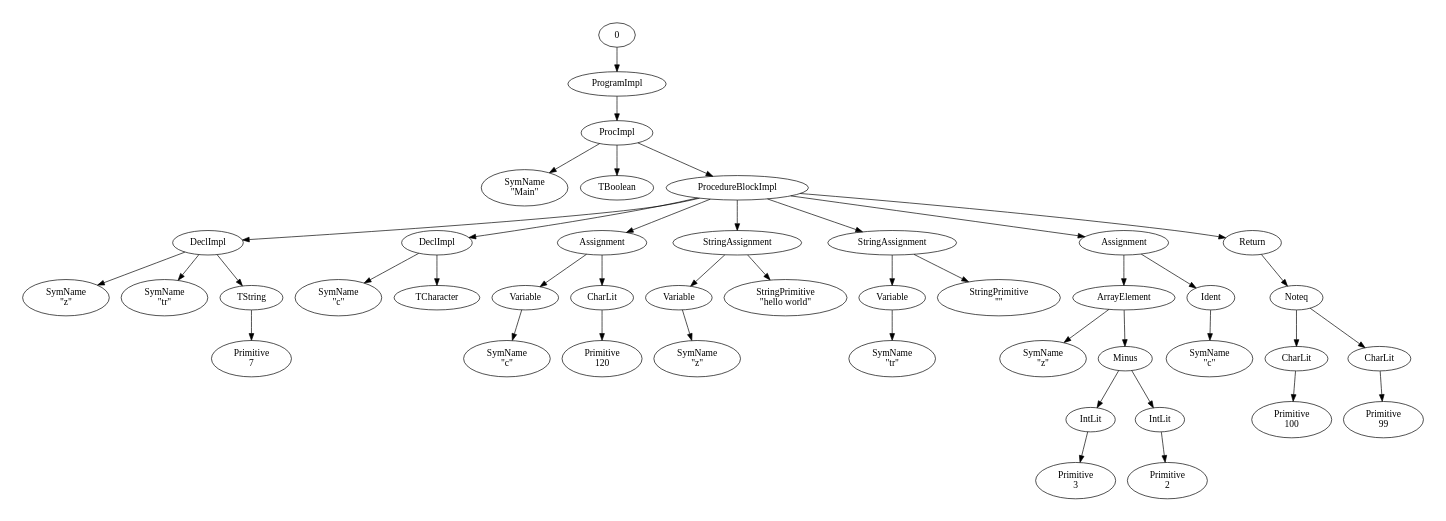
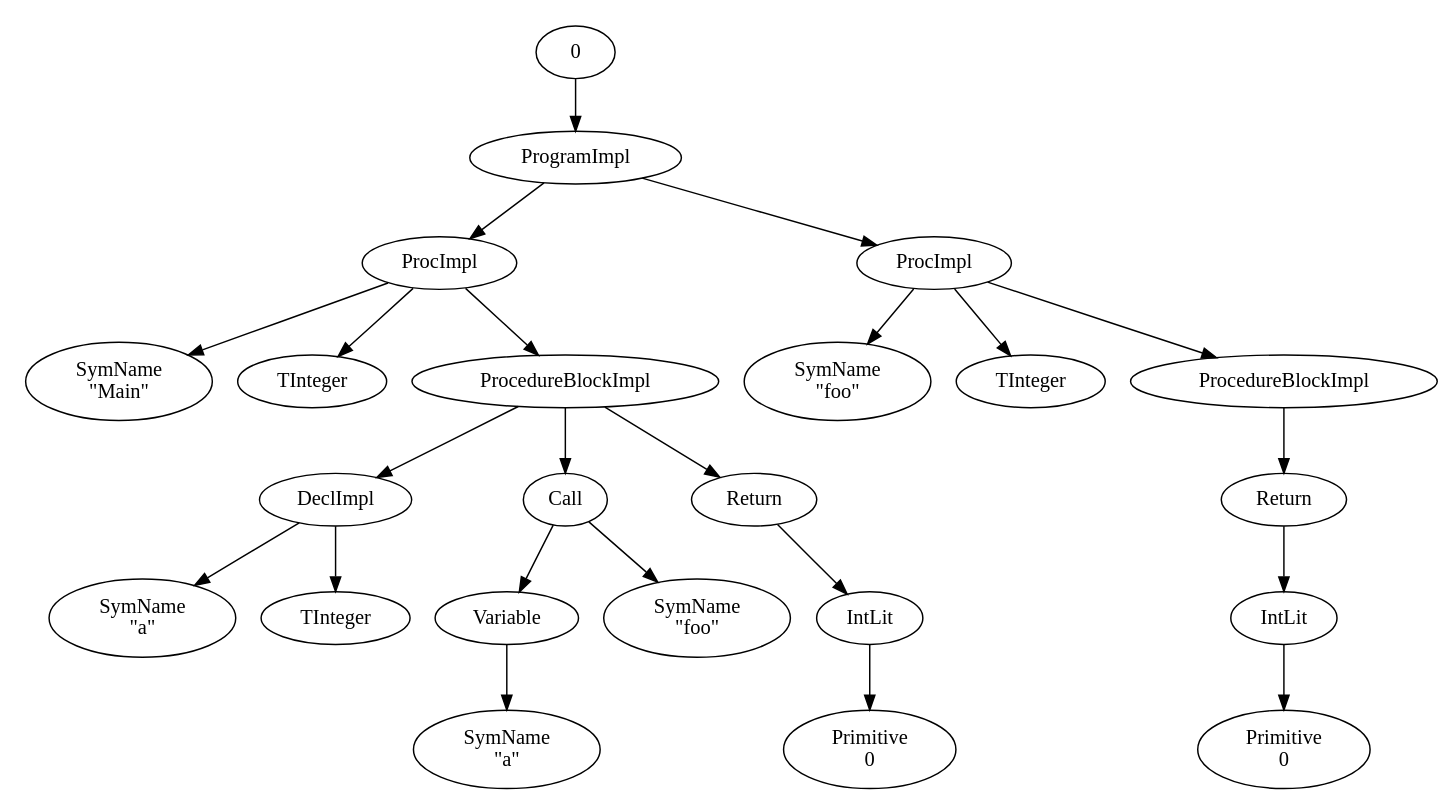
Before and after one commit to Ydos2/CCP: the diagram in projects/public/outputfile.dot, drawn with Graphviz. The commit also changed 6 other files, not shown here.

```diff
--- a/projects/public/outputfile.dot
+++ b/projects/public/outputfile.dot
@@ -1,86 +1,46 @@
 digraph G { page="8.5,11"; size="7.5, 10"; 
 "0" -> "1"
 "1" [label="ProgramImpl"]
 "1" -> "2"
 "2" [label="ProcImpl"]
 "2" -> "3"
 "3" [label="SymName\n\"Main\""]
 "2" -> "4"
-"4" [label="TBoolean"]
+"4" [label="TInteger"]
 "2" -> "5"
 "5" [label="ProcedureBlockImpl"]
 "5" -> "6"
 "6" [label="DeclImpl"]
 "6" -> "7"
-"7" [label="SymName\n\"z\""]
+"7" [label="SymName\n\"a\""]
 "6" -> "8"
-"8" [label="SymName\n\"tr\""]
-"6" -> "9"
-"9" [label="TString"]
+"8" [label="TInteger"]
+"5" -> "9"
+"9" [label="Call"]
 "9" -> "10"
-"10" [label="Primitive\n7"]
-"5" -> "11"
-"11" [label="DeclImpl"]
-"11" -> "12"
-"12" [label="SymName\n\"c\""]
-"11" -> "13"
-"13" [label="TCharacter"]
-"5" -> "14"
-"14" [label="Assignment"]
+"10" [label="Variable"]
+"10" -> "11"
+"11" [label="SymName\n\"a\""]
+"9" -> "12"
+"12" [label="SymName\n\"foo\""]
+"5" -> "13"
+"13" [label="Return"]
+"13" -> "14"
+"14" [label="IntLit"]
 "14" -> "15"
-"15" [label="Variable"]
-"15" -> "16"
-"16" [label="SymName\n\"c\""]
-"14" -> "17"
-"17" [label="CharLit"]
-"17" -> "18"
-"18" [label="Primitive\n120"]
-"5" -> "19"
-"19" [label="StringAssignment"]
+"15" [label="Primitive\n0"]
+"1" -> "16"
+"16" [label="ProcImpl"]
+"16" -> "17"
+"17" [label="SymName\n\"foo\""]
+"16" -> "18"
+"18" [label="TInteger"]
+"16" -> "19"
+"19" [label="ProcedureBlockImpl"]
 "19" -> "20"
-"20" [label="Variable"]
+"20" [label="Return"]
 "20" -> "21"
-"21" [label="SymName\n\"z\""]
-"19" -> "22"
-"22" [label="StringPrimitive\n\"hello world\""]
-"5" -> "23"
-"23" [label="StringAssignment"]
-"23" -> "24"
-"24" [label="Variable"]
-"24" -> "25"
-"25" [label="SymName\n\"tr\""]
-"23" -> "26"
-"26" [label="StringPrimitive\n\"\""]
-"5" -> "27"
-"27" [label="Assignment"]
-"27" -> "28"
-"28" [label="ArrayElement"]
-"28" -> "29"
-"29" [label="SymName\n\"z\""]
-"28" -> "30"
-"30" [label="Minus"]
-"30" -> "31"
-"31" [label="IntLit"]
-"31" -> "32"
-"32" [label="Primitive\n3"]
-"30" -> "33"
-"33" [label="IntLit"]
-"33" -> "34"
-"34" [label="Primitive\n2"]
-"27" -> "35"
-"35" [label="Ident"]
-"35" -> "36"
-"36" [label="SymName\n\"c\""]
-"5" -> "37"
-"37" [label="Return"]
-"37" -> "38"
-"38" [label="Noteq"]
-"38" -> "39"
-"39" [label="CharLit"]
-"39" -> "40"
-"40" [label="Primitive\n100"]
-"38" -> "41"
-"41" [label="CharLit"]
-"41" -> "42"
-"42" [label="Primitive\n99"]
+"21" [label="IntLit"]
+"21" -> "22"
+"22" [label="Primitive\n0"]
 }
```
